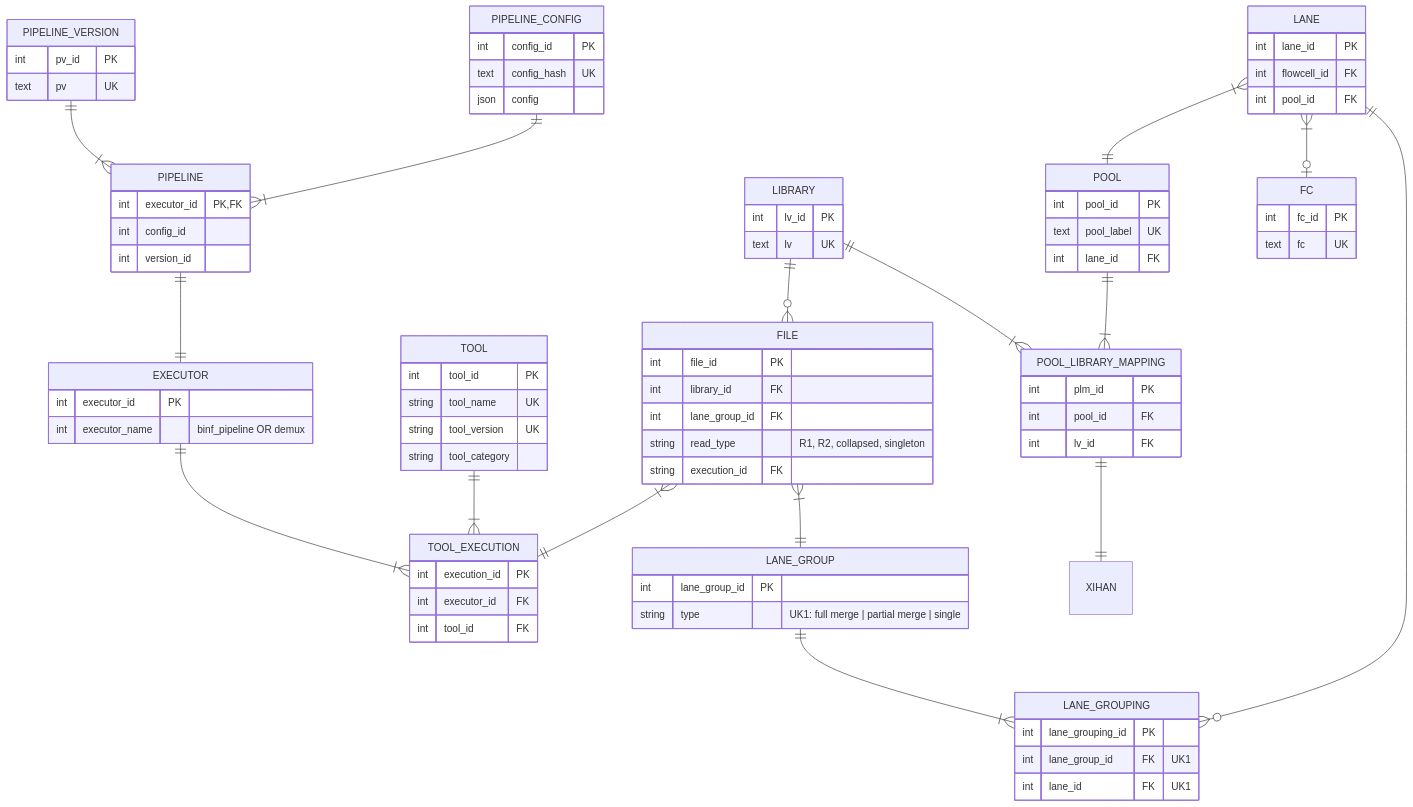
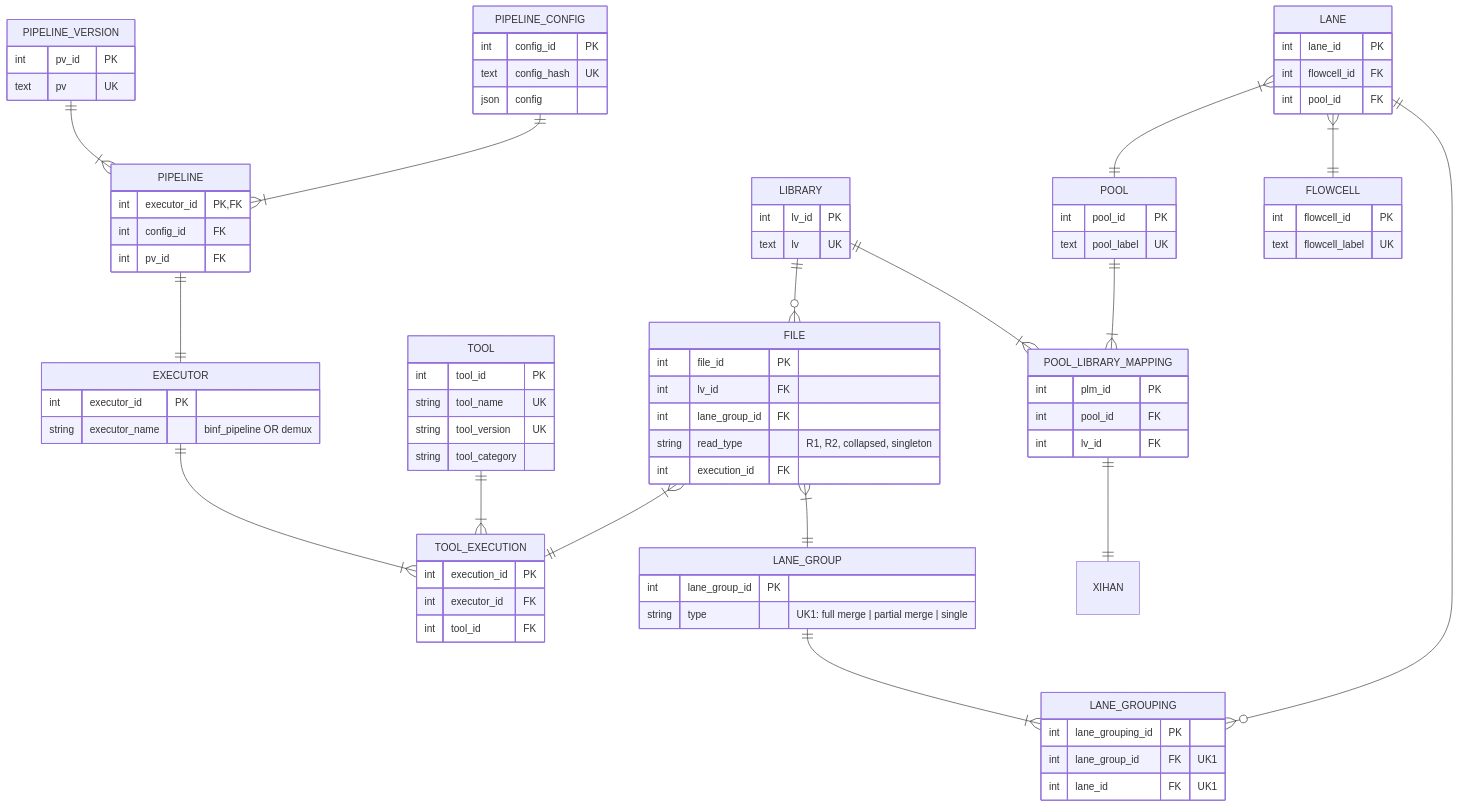
The diagram in diagrams/main diagrams/magnus/file_models/lane_group_v1.md (GeoGenetics/qc-parser), drawn with Mermaid before and after one commit. The commit also changed other lines of this file and 2 other files, not shown here.

Commit message:
fixes inconsistent names

```diff
--- a/diagrams/main diagrams/magnus/file_models/lane_group_v1.md
+++ b/diagrams/main diagrams/magnus/file_models/lane_group_v1.md
@@ -16,7 +16,7 @@
     LIBRARY ||--o{ FILE : ""
     POOL_LIBRARY_MAPPING ||--|| XIHAN : ""
     FILE }|--|| LANE_GROUP : ""
-    LANE }|--o| FC : ""
+    LANE }|--|| FLOWCELL : ""
     LANE }|--|| POOL : ""
     
     LIBRARY {
@@ -24,16 +24,15 @@
         text lv UK
     }
 
-    FC {
-        int fc_id PK
-        text fc UK
+    FLOWCELL {
+        int flowcell_id PK
+        text flowcell_label UK
     }
 
 
     POOL {
         int pool_id PK
         text pool_label UK
-        int lane_id FK
     }
 
     POOL_LIBRARY_MAPPING {
@@ -55,13 +54,13 @@
 
     PIPELINE {
         int executor_id PK, FK
-        int config_id
-        int version_id
+        int config_id FK
+        int pv_id FK
     }
 
     EXECUTOR {
         int executor_id PK
-        int executor_name "binf_pipeline OR demux"
+        string executor_name "binf_pipeline OR demux"
     }
 
     TOOL {
@@ -79,10 +78,10 @@
 
     FILE {
         int file_id PK
-        int library_id FK
+        int lv_id FK
         int lane_group_id FK
         string read_type "R1, R2, collapsed, singleton"  
-        string execution_id FK 
+        int execution_id FK
     }
 
     LANE_GROUP {
```
